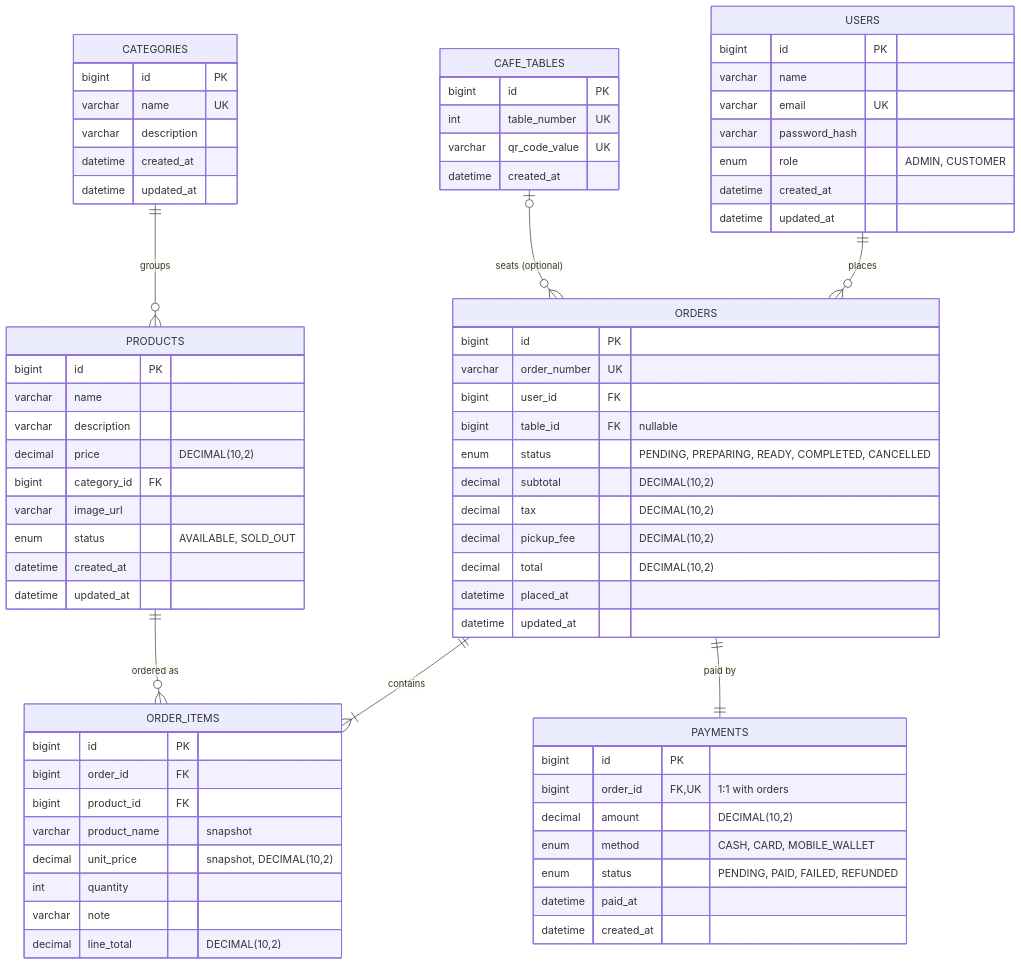
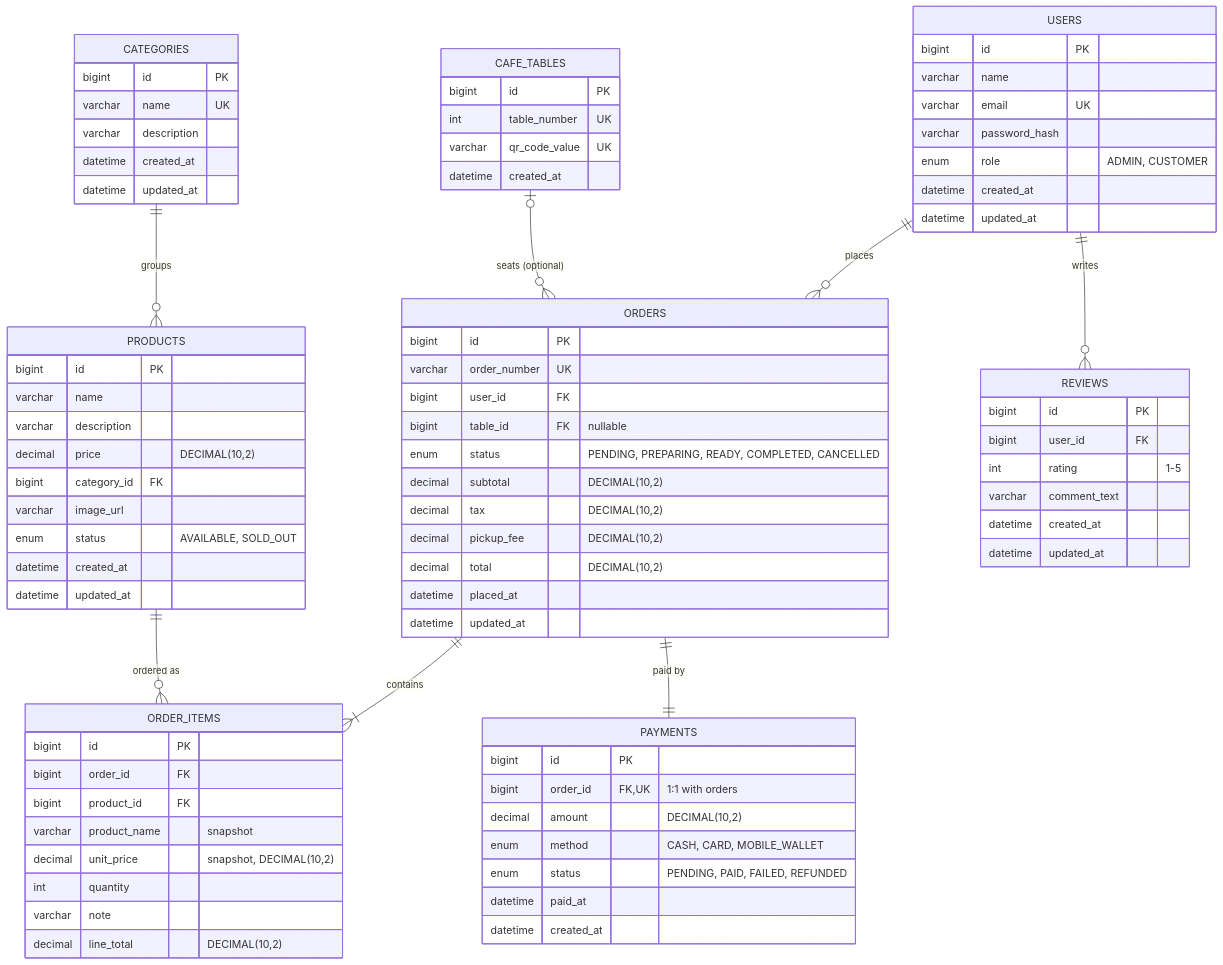
The diagram in docs/database/erd.md (Abishani/CafforaMobileApp), drawn with Mermaid before and after one commit. The commit also changed other lines of this file and 119 other files, not shown here.

````diff
--- a/docs/database/erd.md
+++ b/docs/database/erd.md
@@ -12,6 +12,7 @@
     ORDERS ||--|{ ORDER_ITEMS : contains
     PRODUCTS ||--o{ ORDER_ITEMS : "ordered as"
     ORDERS ||--|| PAYMENTS : "paid by"
+    USERS ||--o{ REVIEWS : writes
 
     USERS {
         bigint id PK
@@ -84,4 +85,13 @@
         datetime paid_at
         datetime created_at
     }
+
+    REVIEWS {
+        bigint id PK
+        bigint user_id FK
+        int rating "1-5"
+        varchar comment_text
+        datetime created_at
+        datetime updated_at
+    }
 ```
````
